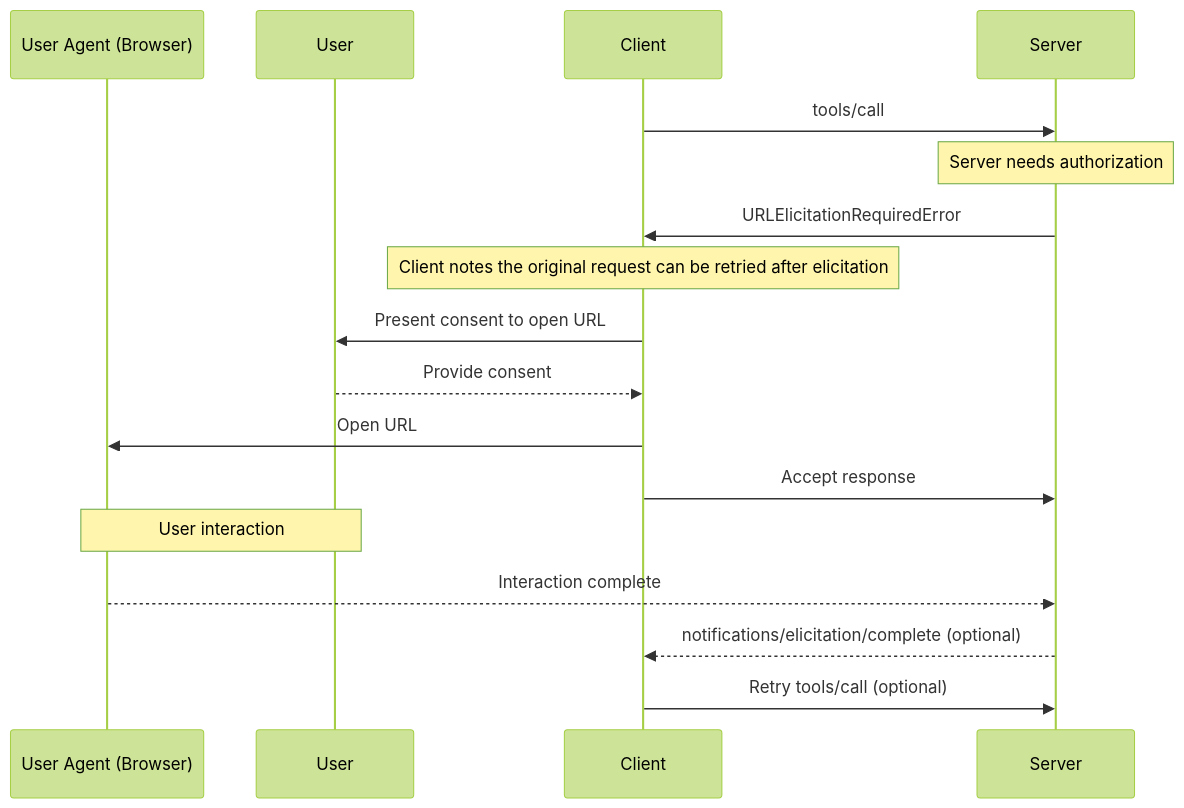
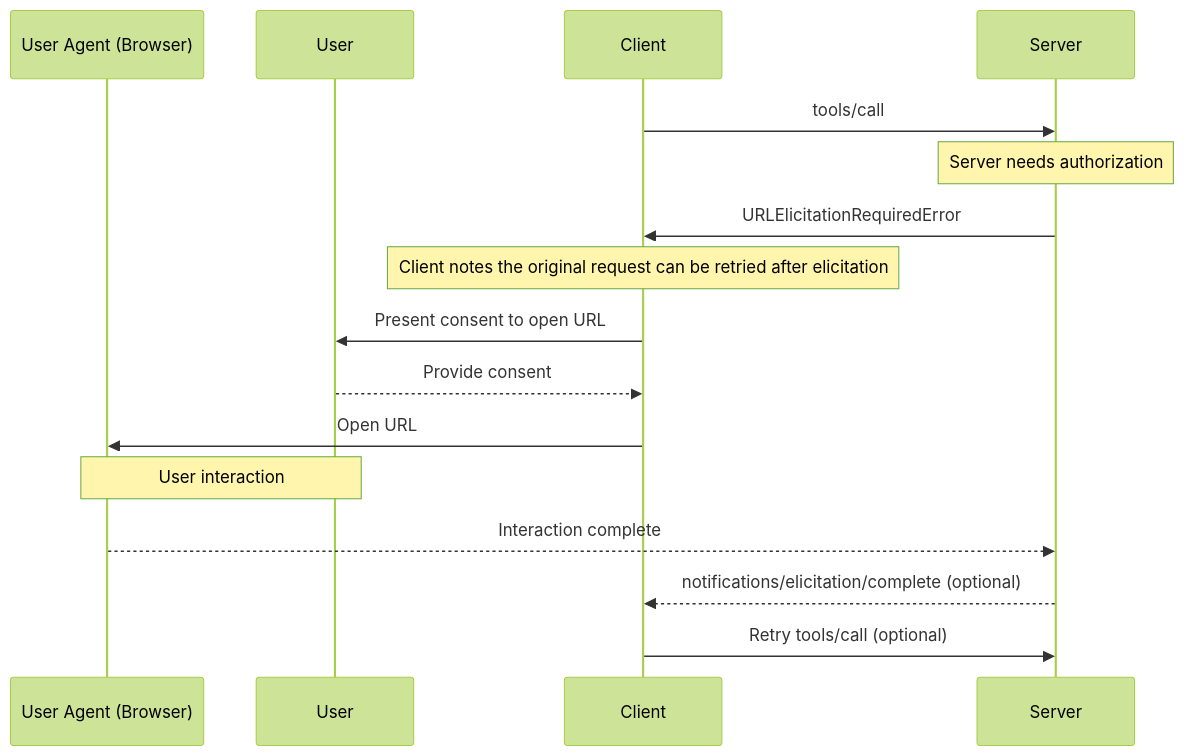
One commit to scottslewis/modelcontextprotocol changed the third of 4 diagrams in docs/specification/draft/client/elicitation.mdx. Above: the diagram before and after it, drawn with Mermaid (forest theme).

Commit message:
Remove 'Accept response' message from URL Mode Elicitation Required Error Flow
As demonstrated in the client `elicitationUrlExample.ts` sample in the TypeScript SDK, this response is discarded which makes sense because there's no elicitation request in this case to respond to, just a URLElicitationRequiredError.

https://github.com/modelcontextprotocol/typescript-sdk/blob/0c1cbf0d37199ffa1bb6e119bd855cd0add930b3/src/examples/client/elicitationUrlExample.ts#L716

````diff
--- a/docs/specification/draft/client/elicitation.mdx
+++ b/docs/specification/draft/client/elicitation.mdx
@@ -499,26 +499,25 @@
 ```mermaid
 sequenceDiagram
     participant UserAgent as User Agent (Browser)
     participant User
     participant Client
     participant Server
 
     Client->>Server: tools/call
 
     Note over Server: Server needs authorization
     Server->>Client: URLElicitationRequiredError
     Note over Client: Client notes the original request can be retried after elicitation
 
     Client->>User: Present consent to open URL
     User-->>Client: Provide consent
 
     Client->>UserAgent: Open URL
-    Client->>Server: Accept response
 
     Note over User,UserAgent: User interaction
 
     UserAgent-->>Server: Interaction complete
     Server-->>Client: notifications/elicitation/complete (optional)
 
     Client->>Server: Retry tools/call (optional)
 ```
````
